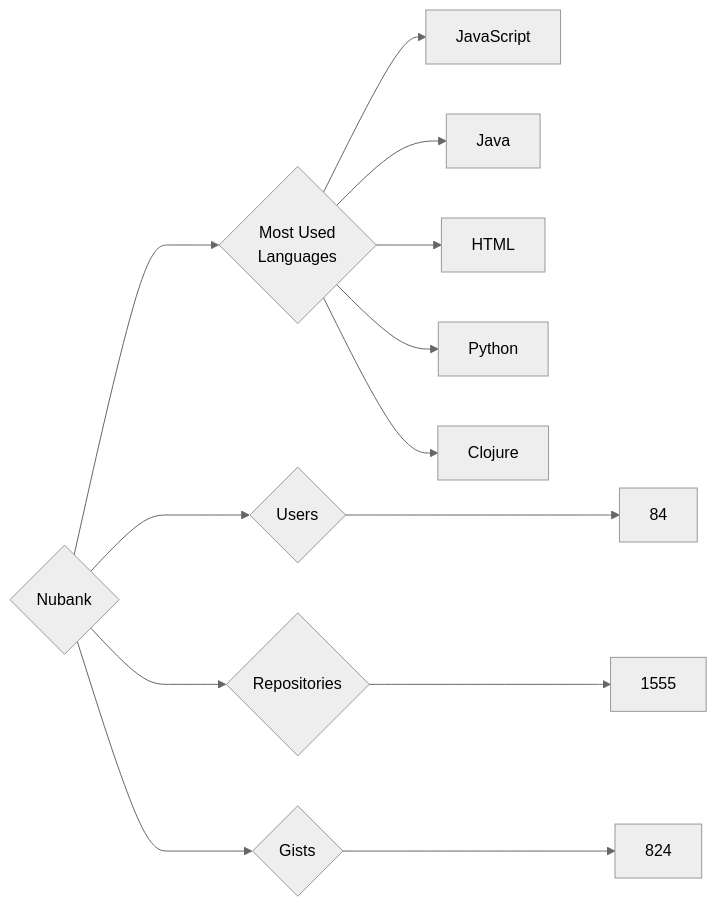
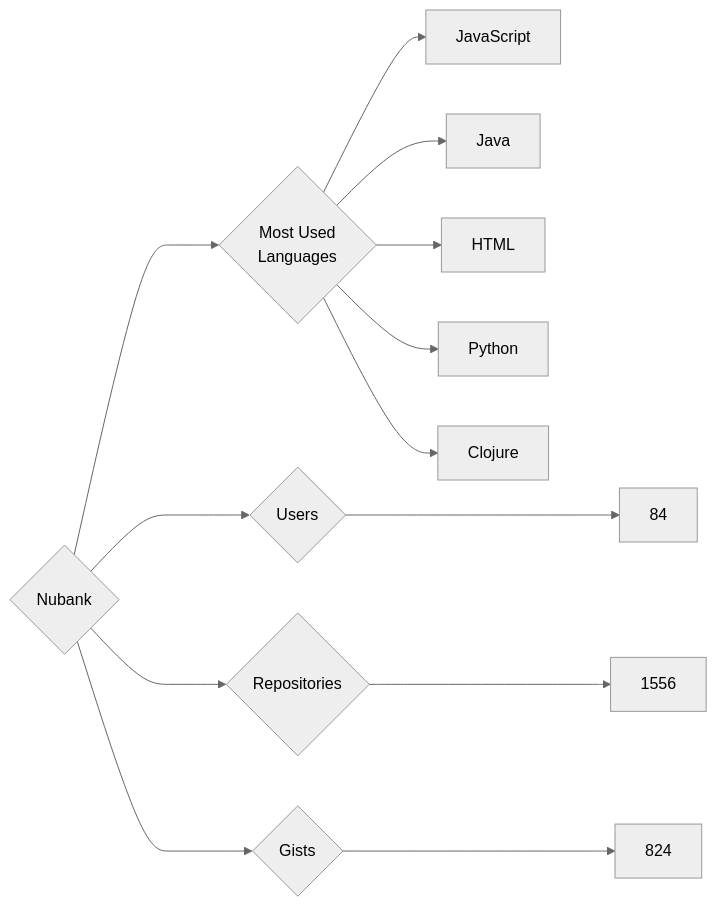
One commit to trickest/insiders changed the diagram in targets/Nubank/README.md. Above: the diagram before and after it, drawn with Mermaid (neutral theme). The commit also changed 814 other files, not shown here.

````diff
--- a/targets/Nubank/README.md
+++ b/targets/Nubank/README.md
@@ -3,13 +3,13 @@
 ```mermaid
 graph LR
 COMPANY_NAME{Nubank}
 COMPANY_NAME ---> U{Users} ---> UN[84]
-COMPANY_NAME ---> R{Repositories} ---> RN[1555]
+COMPANY_NAME ---> R{Repositories} ---> RN[1556]
 COMPANY_NAME ---> G{Gists} ---> GN[824]
 COMPANY_NAME ---> ML{Most Used<br>Languages}
 ML --> JavaScript[JavaScript]
 ML --> Java[Java]
 ML --> HTML[HTML]
 ML --> Python[Python]
 ML --> Clojure[Clojure]
 ```
````
